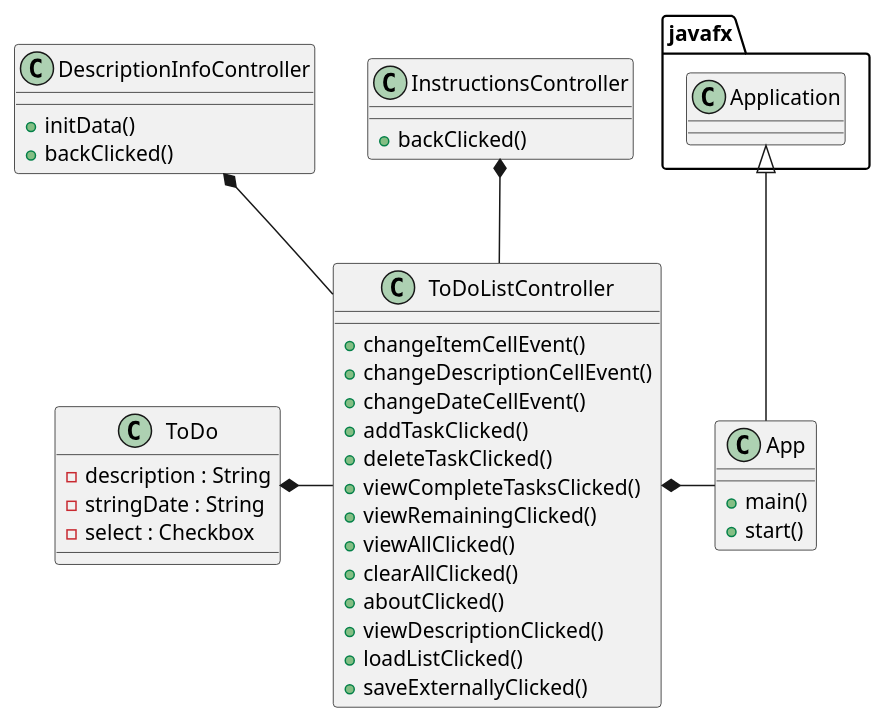
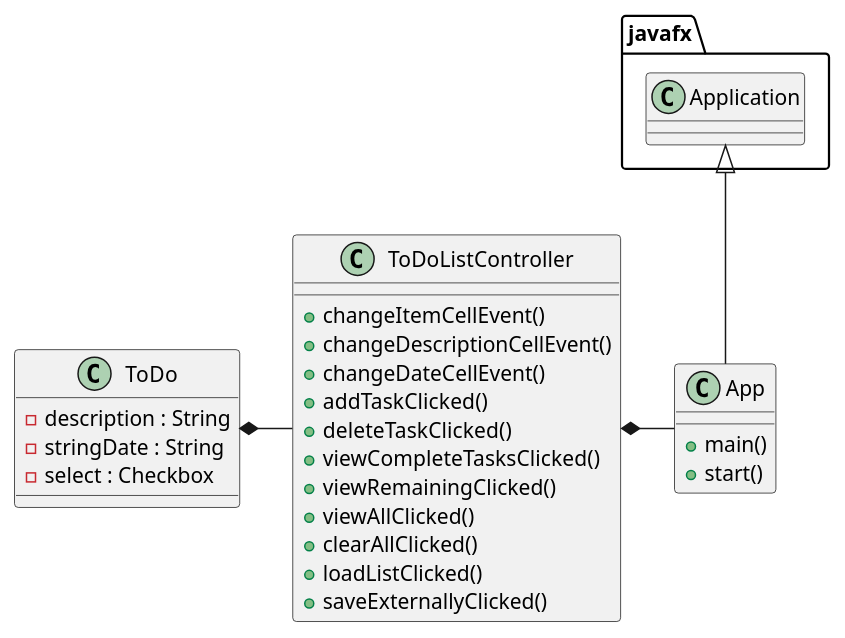
One commit to k-narotam/To-Do-List changed the diagram in uml/ToDoDiagram.puml. Above: the diagram before and after it, drawn with PlantUML. The commit also changed 11 other files, not shown here.

```diff
--- a/uml/ToDoDiagram.puml
+++ b/uml/ToDoDiagram.puml
@@ -1,51 +1,38 @@
 @startuml
 'https://plantuml.com/class-diagram
 
 class App {
     + main()
     + start()
 }
 
 
 class ToDo {
     - description : String
     - stringDate : String
     - select : Checkbox
 }
 
 class ToDoListController {
     + changeItemCellEvent()
     + changeDescriptionCellEvent()
     + changeDateCellEvent()
     + addTaskClicked()
     + deleteTaskClicked()
     + viewCompleteTasksClicked()
     + viewRemainingClicked()
     + viewAllClicked()
     + clearAllClicked()
-    + aboutClicked()
-    + viewDescriptionClicked()
     + loadListClicked()
     + saveExternallyClicked()
 }
 
-class DescriptionInfoController {
-    + initData()
-    + backClicked()
-}
-
-class InstructionsController {
-    + backClicked()
-}
 ToDoListController *- App
 
 ToDo *- ToDoListController
-
-DescriptionInfoController *-- ToDoListController
-InstructionsController *-- ToDoListController
 
 
 javafx.Application <|-- App
 
 
 @enduml
```
